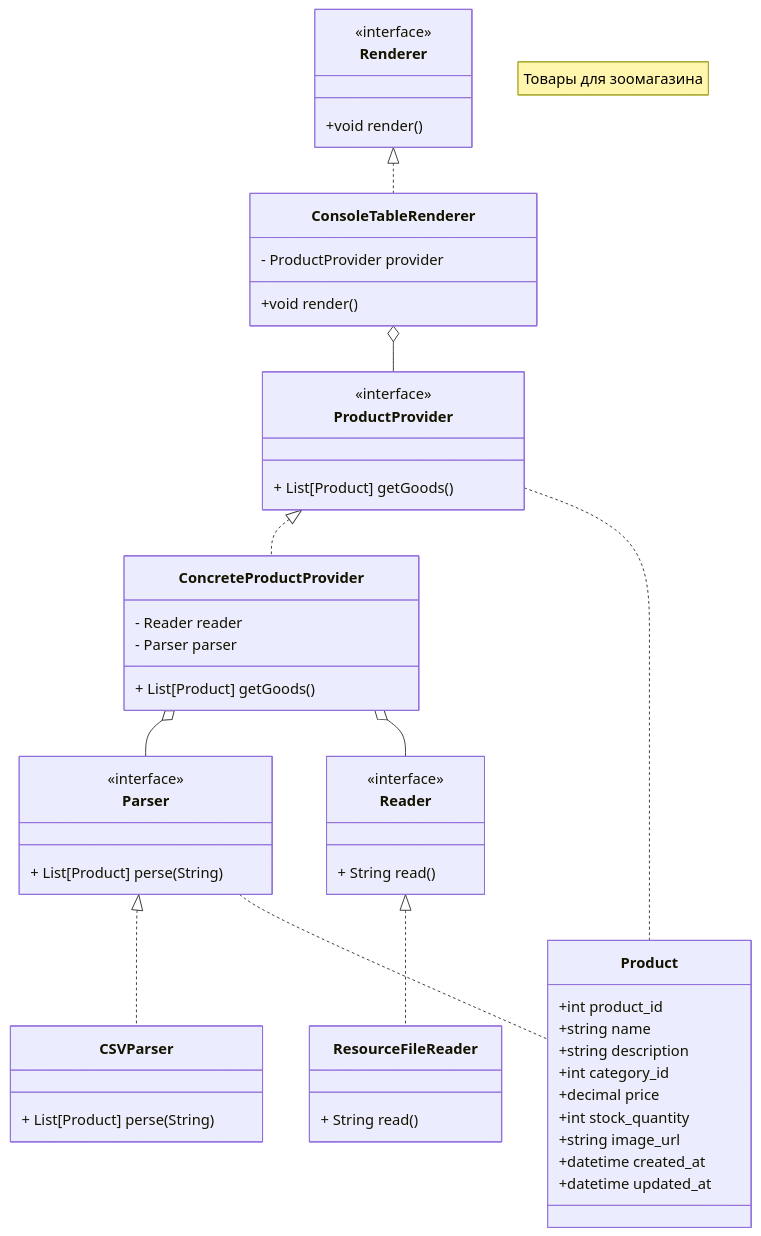
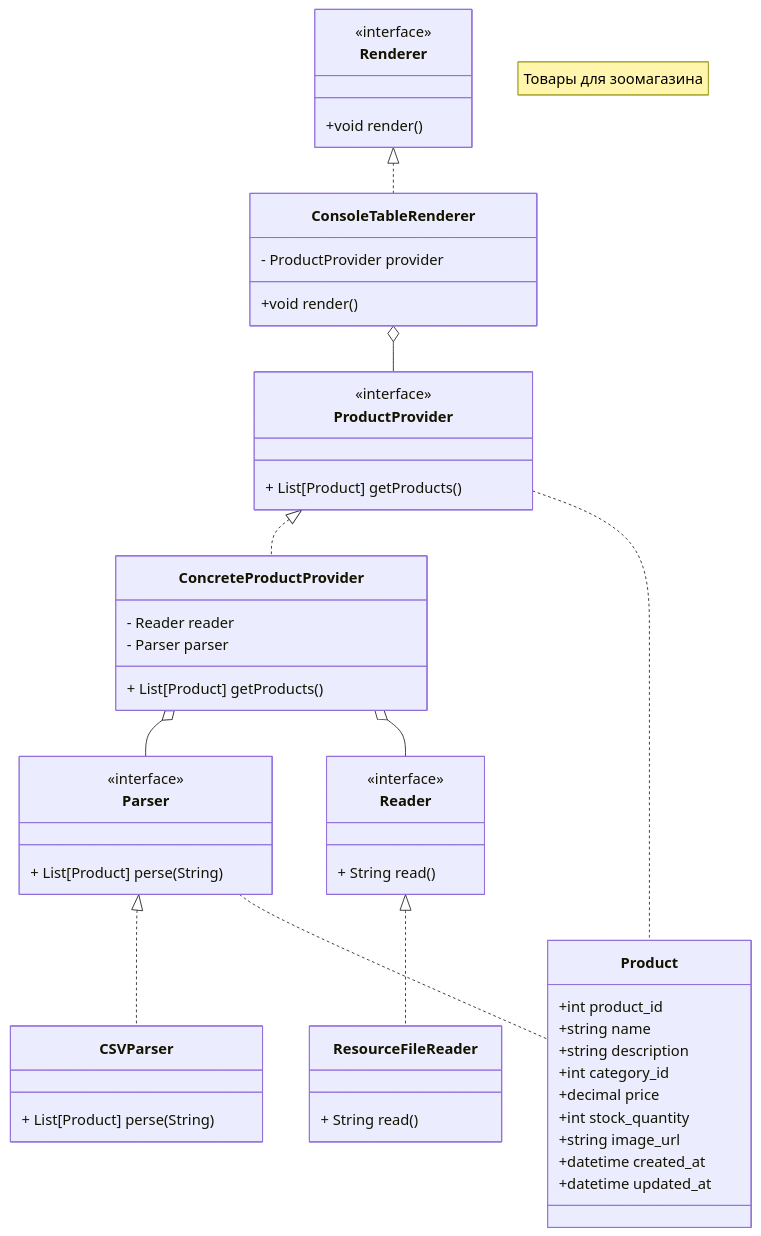
One commit to zaic-bsu/cad-2025 changed the diagram in les02/lab.md. Above: the diagram before and after it, drawn with Mermaid.

````diff
--- a/les02/lab.md
+++ b/les02/lab.md
@@ -39,67 +39,67 @@
 ``` mermaid
 
 classDiagram
     note "Товары для зоомагазина"
     Reader <|.. ResourceFileReader
     Parser <|.. CSVParser
     ProductProvider <|.. ConcreteProductProvider
     ConcreteProductProvider o-- Parser
     ConcreteProductProvider o-- Reader
     Renderer <|.. ConsoleTableRenderer
     ConsoleTableRenderer o-- ProductProvider
     ProductProvider .. Product
     Parser .. Product
 
     class  Product {
         +int product_id
         +string name
         +string description
         +int category_id
         +decimal price
         +int stock_quantity
         +string image_url
         +datetime created_at
         +datetime updated_at
     }
 
     class  Reader{
         + String read()
     }
     <<interface>> Reader
 
     class ResourceFileReader {
         + String read()
     }
 
     class  Parser{
         + List[Product] perse(String)
     }
     <<interface>> Parser
 
     class CSVParser {
         + List[Product] perse(String)
     }
 
     class  Renderer{
         +void render()
     }
     <<interface>> Renderer
 
     class ConsoleTableRenderer {
         - ProductProvider provider
         +void render()
     }
 
     class ProductProvider {
-        + List[Product] getGoods()
+        + List[Product] getProducts()
     }
     <<interface>> ProductProvider
 
     class ConcreteProductProvider{
         - Reader reader
         - Parser parser
-       + List[Product] getGoods()
+       + List[Product] getProducts()
     }
 
 
 ```
````
